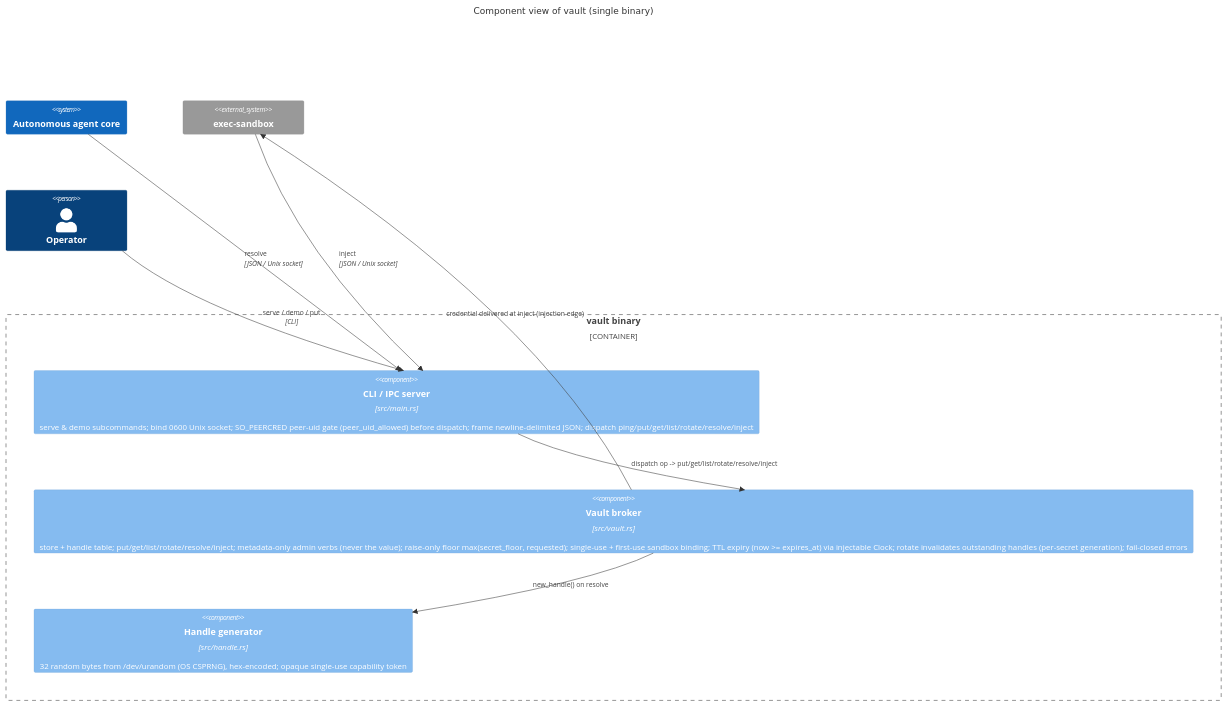
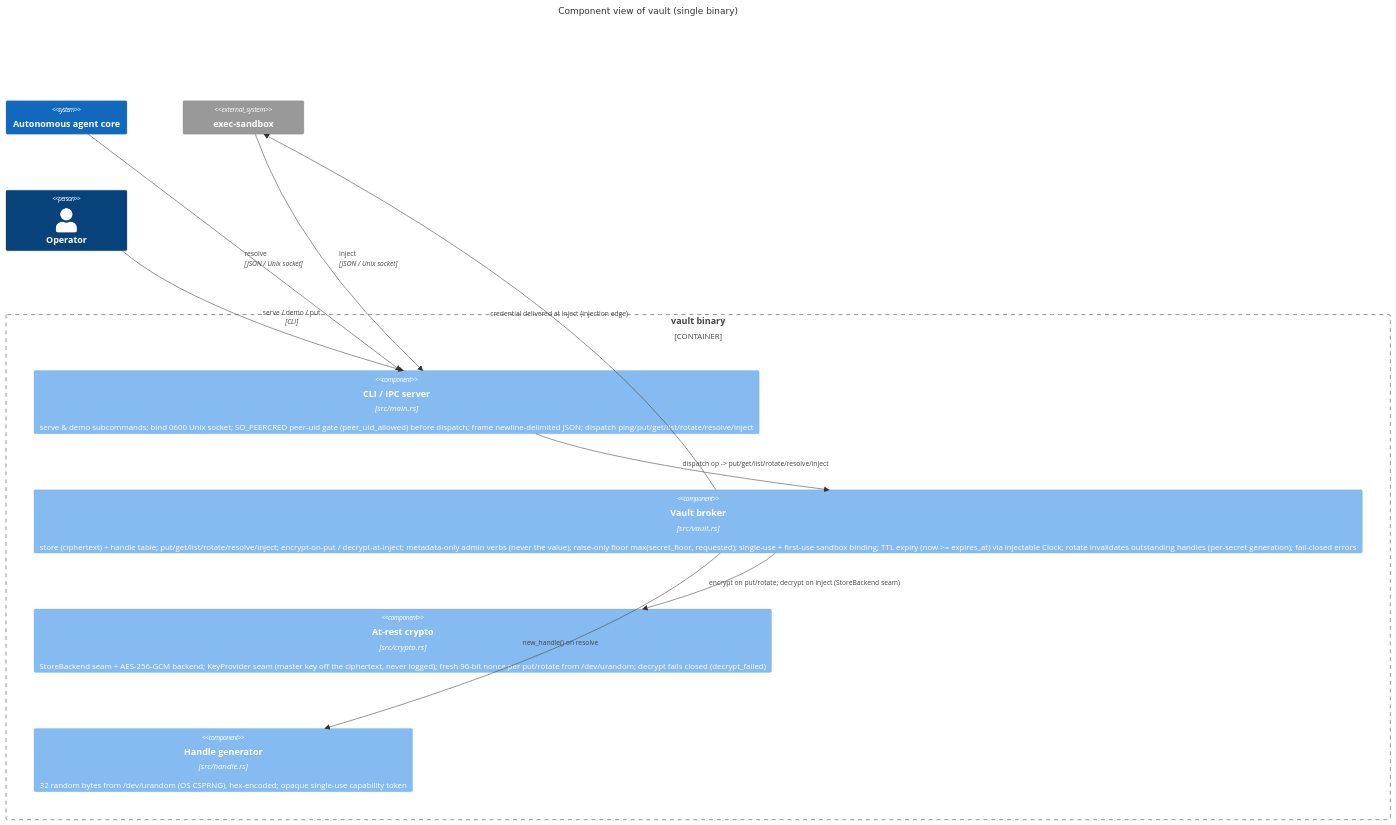
Before and after one commit to tkdtaylor/vault: the second of 3 diagrams in docs/architecture/diagrams.md, drawn with Mermaid. The commit also changed other lines of this file and 13 other files, not shown here.

Commit message:
feat: complete task 004 — encrypted-at-rest store (AES-256-GCM)

````diff
--- a/docs/architecture/diagrams.md
+++ b/docs/architecture/diagrams.md
@@ -51,21 +51,23 @@
 ```mermaid
 C4Component
     title Component view of vault (single binary)
 
     System(agent, "Autonomous agent core")
     System_Ext(sandbox, "exec-sandbox")
     Person(operator, "Operator")
 
     Container_Boundary(boundary, "vault binary") {
         Component(main, "CLI / IPC server", "src/main.rs", "serve & demo subcommands; bind 0600 Unix socket; SO_PEERCRED peer-uid gate (peer_uid_allowed) before dispatch; frame newline-delimited JSON; dispatch ping/put/get/list/rotate/resolve/inject")
-        Component(core, "Vault broker", "src/vault.rs", "store + handle table; put/get/list/rotate/resolve/inject; metadata-only admin verbs (never the value); raise-only floor max(secret_floor, requested); single-use + first-use sandbox binding; TTL expiry (now >= expires_at) via injectable Clock; rotate invalidates outstanding handles (per-secret generation); fail-closed errors")
+        Component(core, "Vault broker", "src/vault.rs", "store (ciphertext) + handle table; put/get/list/rotate/resolve/inject; encrypt-on-put / decrypt-at-inject; metadata-only admin verbs (never the value); raise-only floor max(secret_floor, requested); single-use + first-use sandbox binding; TTL expiry (now >= expires_at) via injectable Clock; rotate invalidates outstanding handles (per-secret generation); fail-closed errors")
+        Component(crypto, "At-rest crypto", "src/crypto.rs", "StoreBackend seam + AES-256-GCM backend; KeyProvider seam (master key off the ciphertext, never logged); fresh 96-bit nonce per put/rotate from /dev/urandom; decrypt fails closed (decrypt_failed)")
         Component(handle, "Handle generator", "src/handle.rs", "32 random bytes from /dev/urandom (OS CSPRNG), hex-encoded; opaque single-use capability token")
     }
 
     Rel(agent, main, "resolve", "JSON / Unix socket")
     Rel(sandbox, main, "inject", "JSON / Unix socket")
     Rel(operator, main, "serve / demo / put", "CLI")
     Rel(main, core, "dispatch op -> put/get/list/rotate/resolve/inject")
+    Rel(core, crypto, "encrypt on put/rotate; decrypt on inject (StoreBackend seam)")
     Rel(core, handle, "new_handle() on resolve")
     Rel(core, sandbox, "credential delivered at inject (injection edge)")
 ```
````
